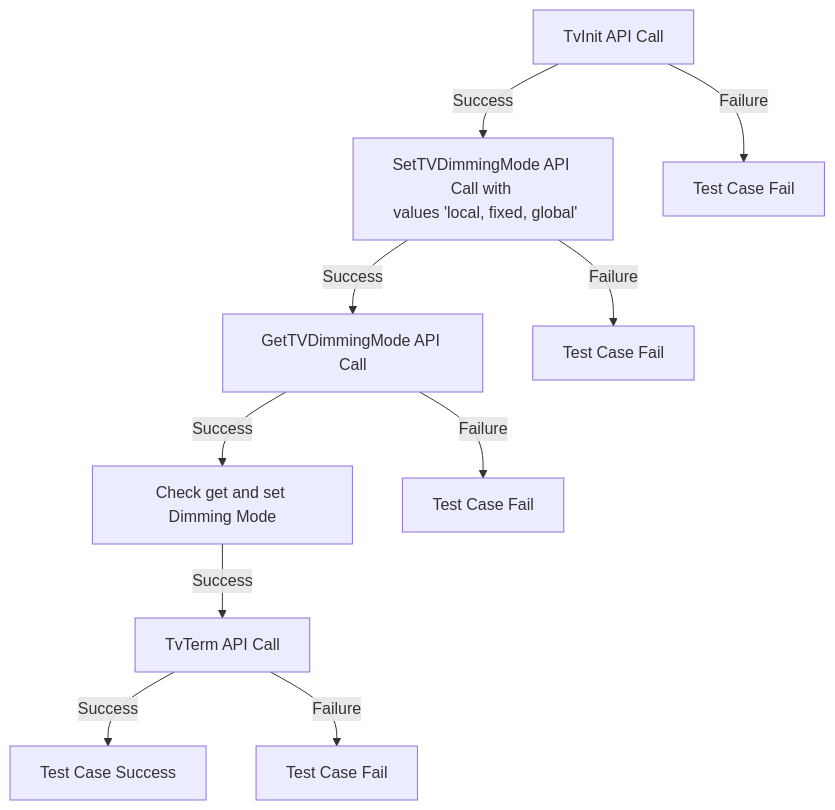
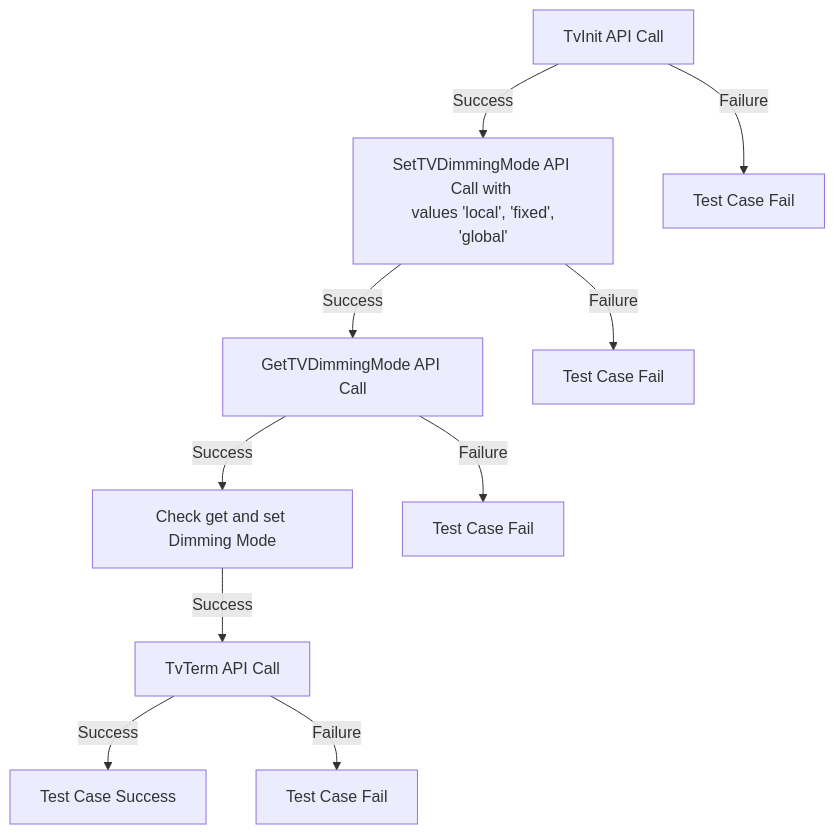
Before and after one commit to rdkcentral/rdkv-halif-test-tvsettings: diagram 11 of 48 in docs/pages/tvSettings_L2_Low-Level_TestSpecification.md, drawn with Mermaid. The commit also changed other lines of this file and 1 other file, not shown here.

````diff
--- a/docs/pages/tvSettings_L2_Low-Level_TestSpecification.md
+++ b/docs/pages/tvSettings_L2_Low-Level_TestSpecification.md
@@ -537,12 +531,12 @@
 ```mermaid
 graph TB
-A[TvInit API Call] -->|Success| B[SetTVDimmingMode API Call with <br> values 'local, fixed, global']
+A[TvInit API Call] -->|Success| B[SetTVDimmingMode API Call with <br> values 'local', 'fixed', 'global']
 A -->|Failure| A1[Test Case Fail]
 B -->|Success| D[GetTVDimmingMode API Call]
 B -->|Failure| B1[Test Case Fail]
 D -->|Success| F[Check get and set Dimming Mode]
 D -->|Failure| D1[Test Case Fail]
 F -->|Success| G[TvTerm API Call]
 G -->|Success| H[Test Case Success]
 G -->|Failure| G1[Test Case Fail]
 ```
````
